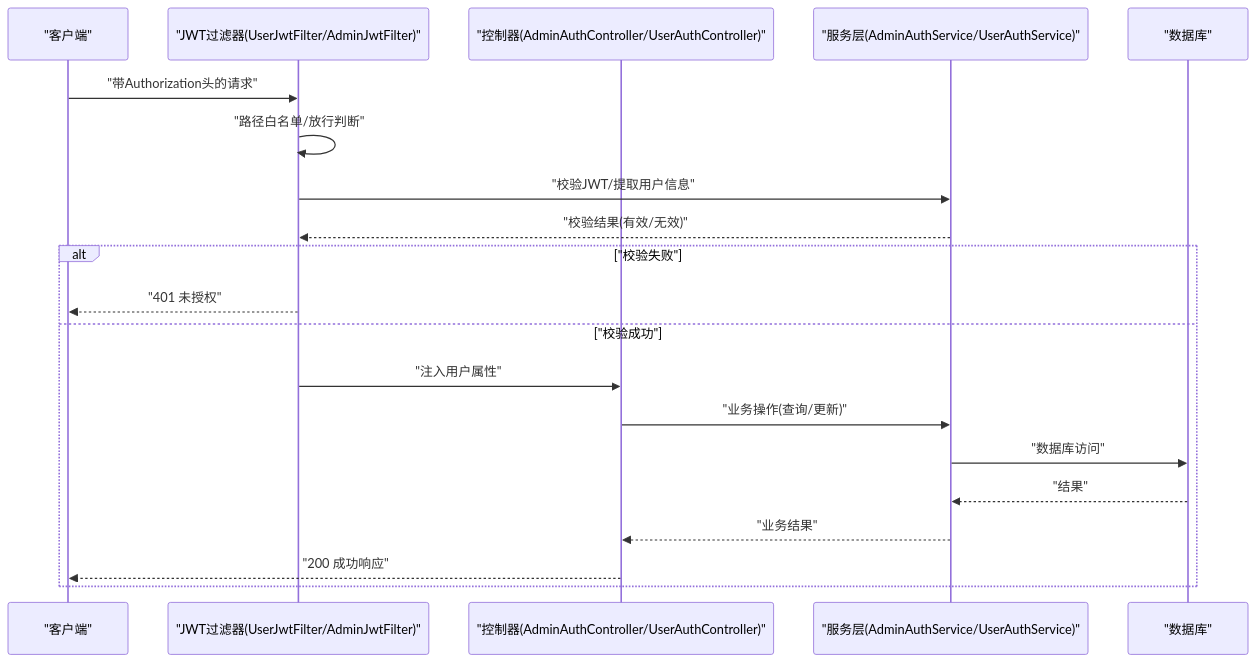
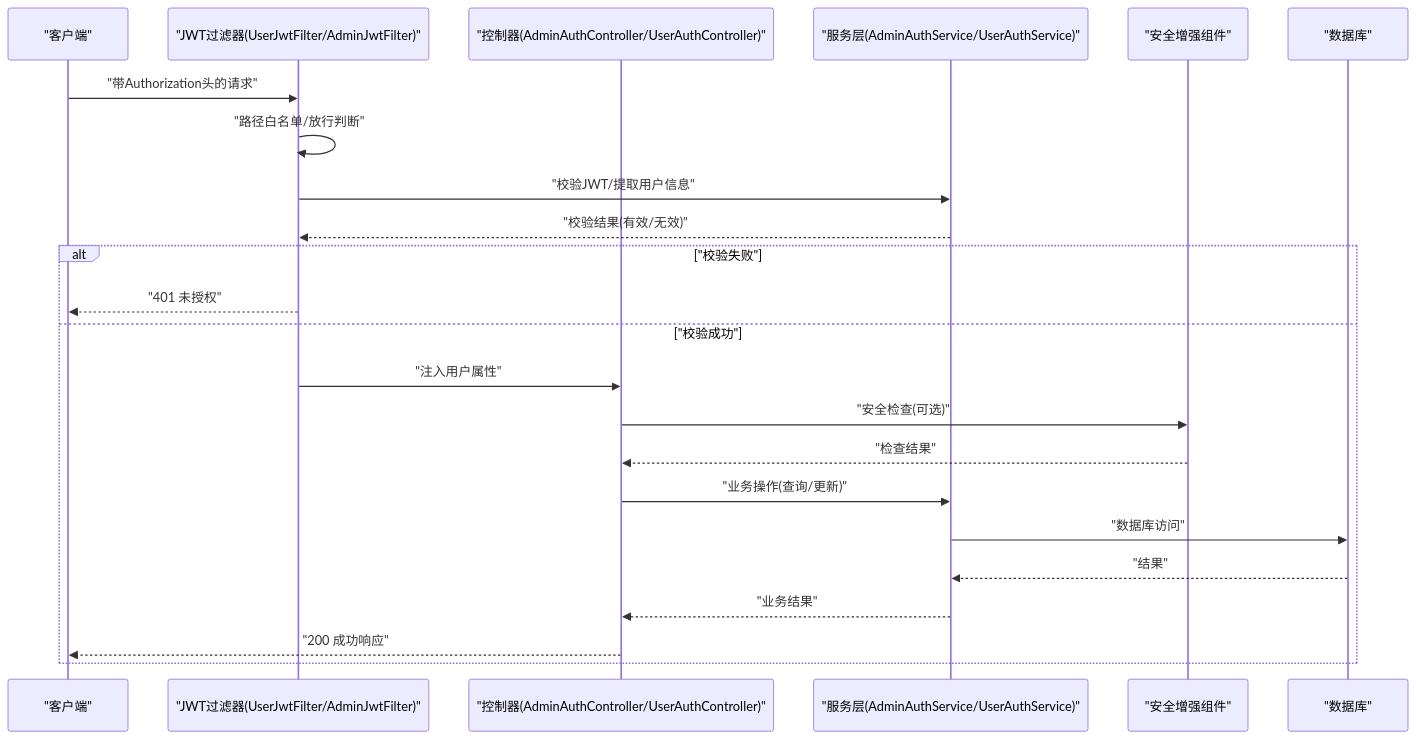
One commit to xulingfeng931027/get_jobs changed the second of 11 diagrams in .qoder/repowiki/zh/content/部署运维/安全运维.md. Above: the diagram before and after it, drawn with Mermaid. The commit also changed other lines of this file and 74 other files, not shown here.

````diff
--- a/.qoder/repowiki/zh/content/部署运维/安全运维.md
+++ b/.qoder/repowiki/zh/content/部署运维/安全运维.md
@@ -106,22 +157,25 @@
 ```mermaid
 sequenceDiagram
 participant C as "客户端"
 participant F as "JWT过滤器(UserJwtFilter/AdminJwtFilter)"
 participant S as "控制器(AdminAuthController/UserAuthController)"
 participant SVC as "服务层(AdminAuthService/UserAuthService)"
+participant SEC as "安全增强组件"
 participant DB as "数据库"
 C->>F : "带Authorization头的请求"
 F->>F : "路径白名单/放行判断"
 F->>SVC : "校验JWT/提取用户信息"
 SVC-->>F : "校验结果(有效/无效)"
 alt "校验失败"
 F-->>C : "401 未授权"
 else "校验成功"
 F->>S : "注入用户属性"
+S->>SEC : "安全检查(可选)"
+SEC-->>S : "检查结果"
 S->>SVC : "业务操作(查询/更新)"
 SVC->>DB : "数据库访问"
 DB-->>SVC : "结果"
 SVC-->>S : "业务结果"
 S-->>C : "200 成功响应"
 end
 ```
````
